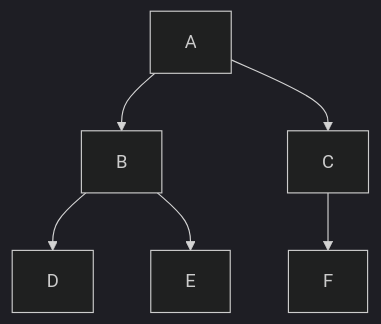
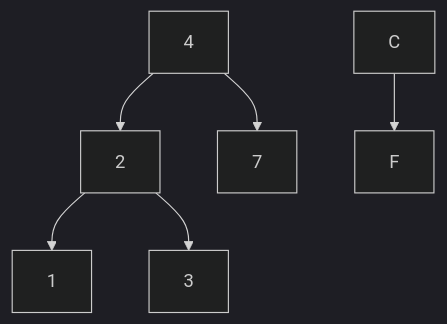
The diagram in 25_06_2025/701.md (Enochteo/daily-leetcode), drawn with Mermaid (dark theme) before and after one commit.

````diff
--- a/25_06_2025/701.md
+++ b/25_06_2025/701.md
@@ -12,8 +12,8 @@
  ```mermaid
 graph TD;
-    A-->B;
-    A-->C;
-    B-->D;
-    B-->E;
+    4-->2;
+    4-->7;
+    2-->1;
+    2-->3;
     C-->F;
 ```
````
